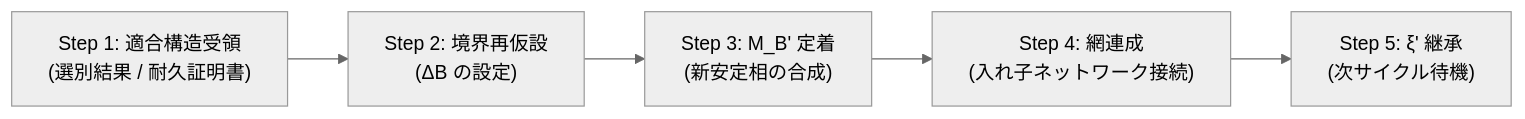
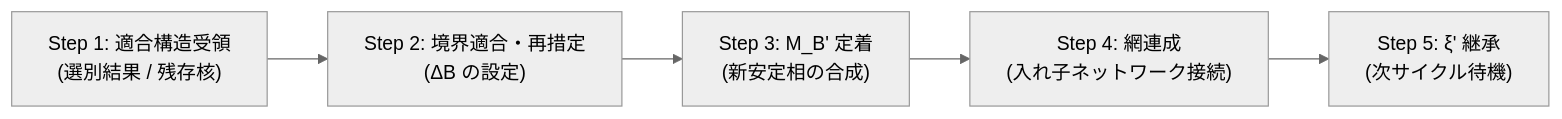
The diagram in 01_T1_SILN操作層/T1_再構成.md (Aporapeiron/RDL_Core), drawn with Mermaid (neutral theme) before and after one commit. The commit also changed other lines of this file and 1 other file, not shown here.

````diff
--- a/01_T1_SILN操作層/T1_再構成.md
+++ b/01_T1_SILN操作層/T1_再構成.md
@@ -25,8 +25,8 @@
 ```mermaid
 graph LR
-    C["Step 1: 適合構造受領<br/>(選別結果 / 耐久証明書)"] 
-    --> B["Step 2: 境界再仮設<br/>(ΔB の設定)"] 
+    C["Step 1: 適合構造受領<br/>(選別結果 / 残存核)"] 
+    --> B["Step 2: 境界適合・再措定<br/>(ΔB の設定)"] 
     --> S["Step 3: M_B' 定着<br/>(新安定相の合成)"] 
     --> N["Step 4: 網連成<br/>(入れ子ネットワーク接続)"] 
     --> I["Step 5: ξ' 継承<br/>(次サイクル待機)"]
 ```
````
